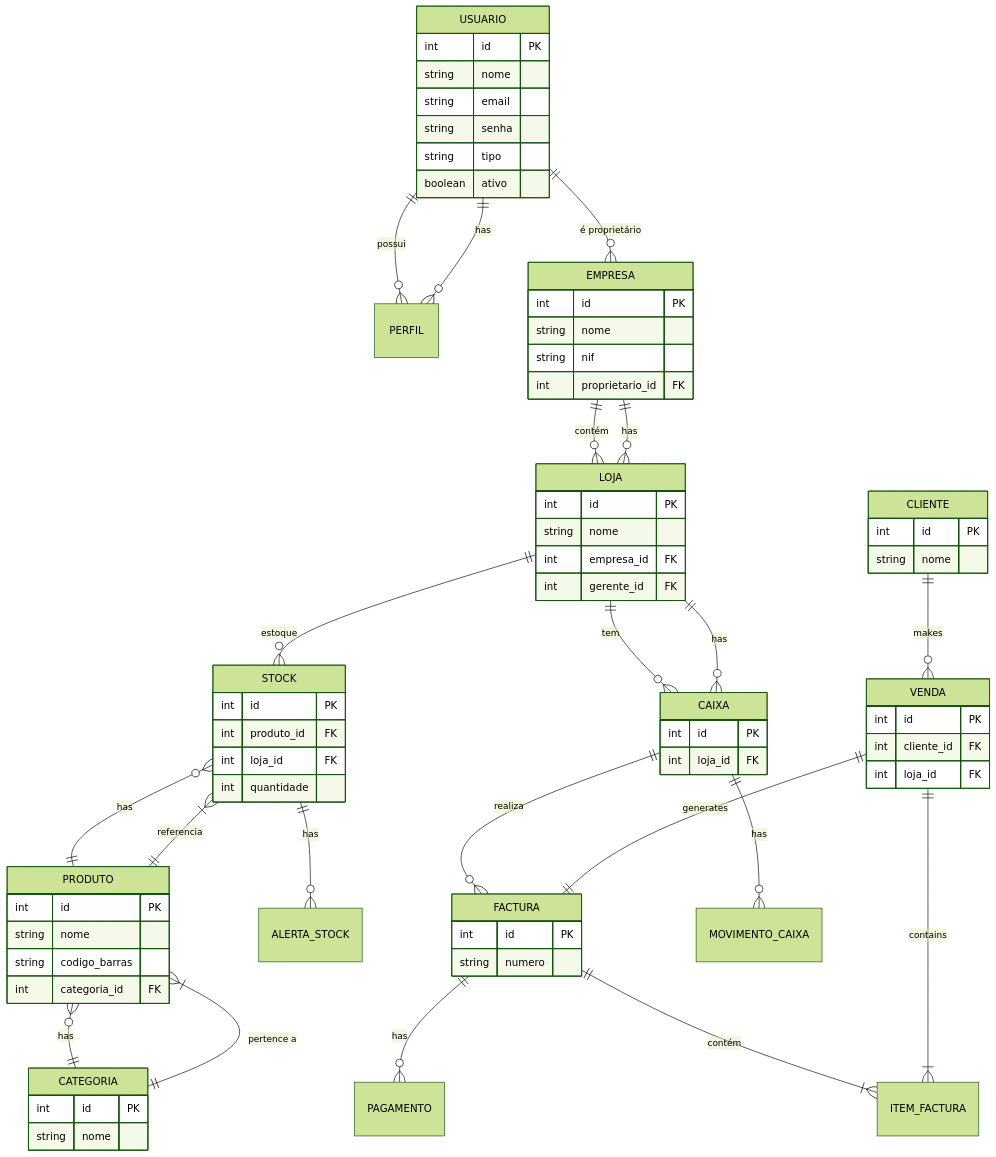
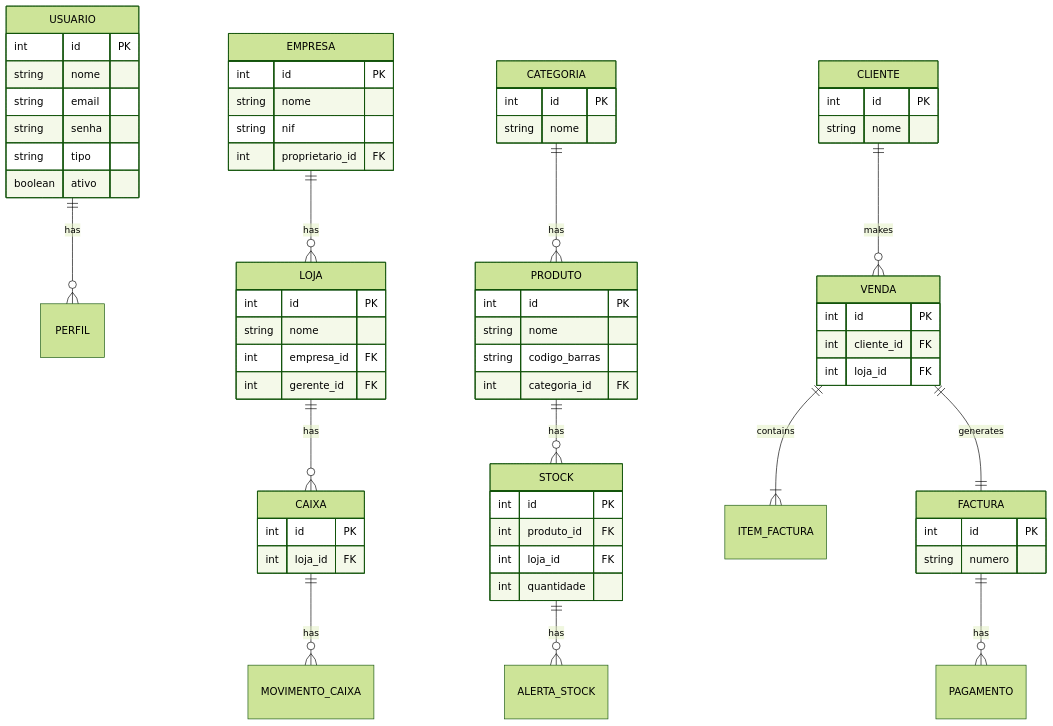
The first of 2 diagrams in README.md (WildKnuckles/Portfolio), drawn with Mermaid (forest theme) before and after one commit.

````diff
--- a/README.md
+++ b/README.md
@@ -73,16 +73,4 @@
         int id PK
         int loja_id FK
     }
-
-
-
-    USUARIO ||--o{ PERFIL : "possui"
-    USUARIO ||--o{ EMPRESA : "é proprietário"
-    EMPRESA ||--o{ LOJA : "contém"
-    LOJA ||--o{ CAIXA : "tem"
-    CAIXA ||--o{ FACTURA : "realiza"
-    FACTURA ||--|{ ITEM_FACTURA : "contém"
-    LOJA ||--o{ STOCK : "estoque"
-    STOCK }|--|| PRODUTO : "referencia"
-    PRODUTO }|--|| CATEGORIA : "pertence a"
 ```
````
